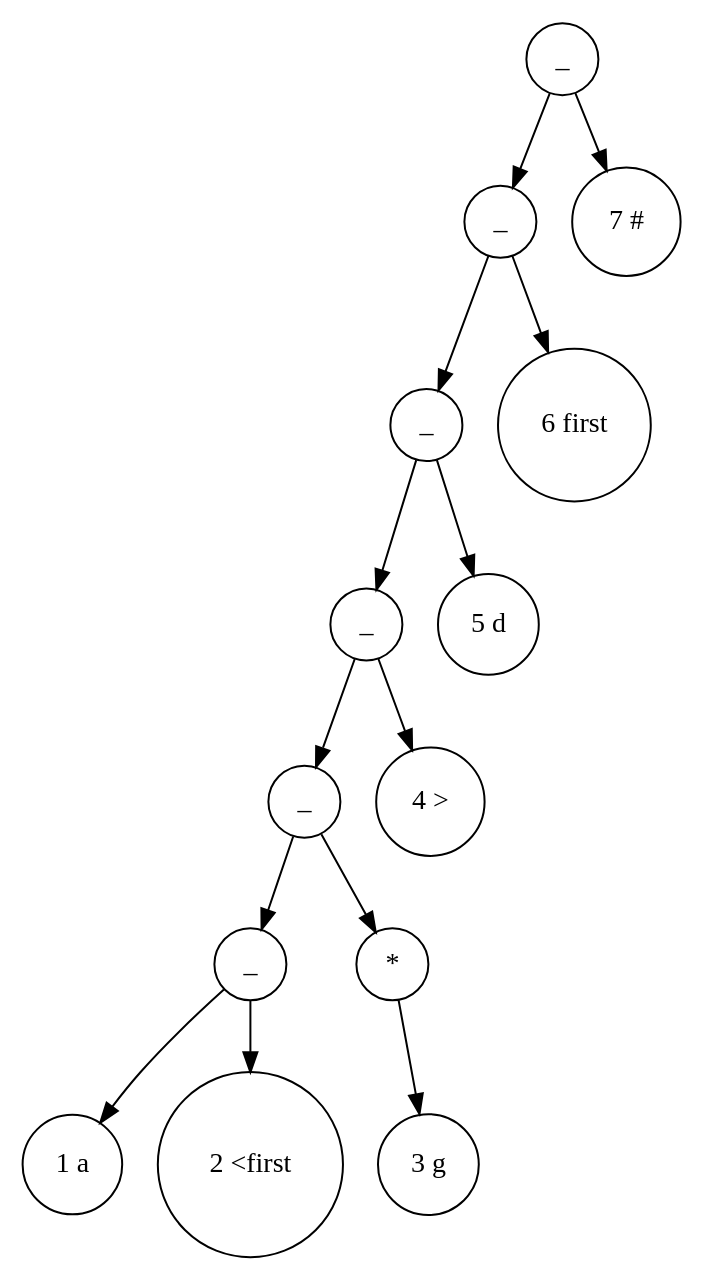
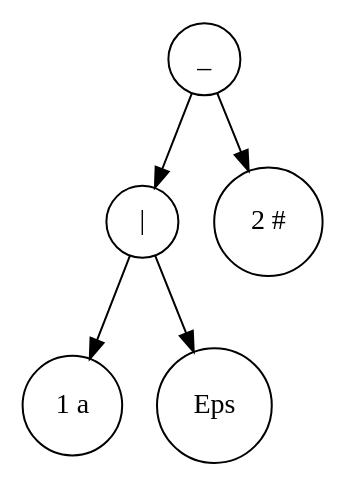
The diagram in tree_output/tree_output.dot (x6x4/lab2aaaaaaaaaaa), drawn with Graphviz before and after one commit. The commit also changed 20 other files, not shown here.

```diff
--- a/tree_output/tree_output.dot
+++ b/tree_output/tree_output.dot
@@ -1,30 +1,12 @@
 digraph Tree {
 node [shape=circle];
-94276402020720 [label="_"];
-94276402020720 -> 94276402020336;
-94276402020336 [label="_"];
-94276402020336 -> 94276402019952;
-94276402019952 [label="_"];
-94276402019952 -> 94276402019568;
-94276402019568 [label="_"];
-94276402019568 -> 94276402019184;
-94276402019184 [label="_"];
-94276402019184 -> 94276402018704;
-94276402018704 [label="_"];
-94276402018704 -> 94276402018080;
-94276402018080 [label="1 a"];
-94276402018704 -> 94276402018416;
-94276402018416 [label="2 <first"];
-94276402019184 -> 94276402019088;
-94276402019088 [label="*"];
-94276402019088 -> 94276402018800;
-94276402018800 [label="3 g"];
-94276402019568 -> 94276402019280;
-94276402019280 [label="4 >"];
-94276402019952 -> 94276402019664;
-94276402019664 [label="5 d"];
-94276402020336 -> 94276402020048;
-94276402020048 [label="6 first"];
-94276402020720 -> 94276402020432;
-94276402020432 [label="7 #"];
+94400175187072 [label="_"];
+94400175187072 -> 94400175186688;
+94400175186688 [label="|"];
+94400175186688 -> 94400175186256;
+94400175186256 [label="1 a"];
+94400175186688 -> 94400175186592;
+94400175186592 [label="Eps"];
+94400175187072 -> 94400175186784;
+94400175186784 [label="2 #"];
 }
```
